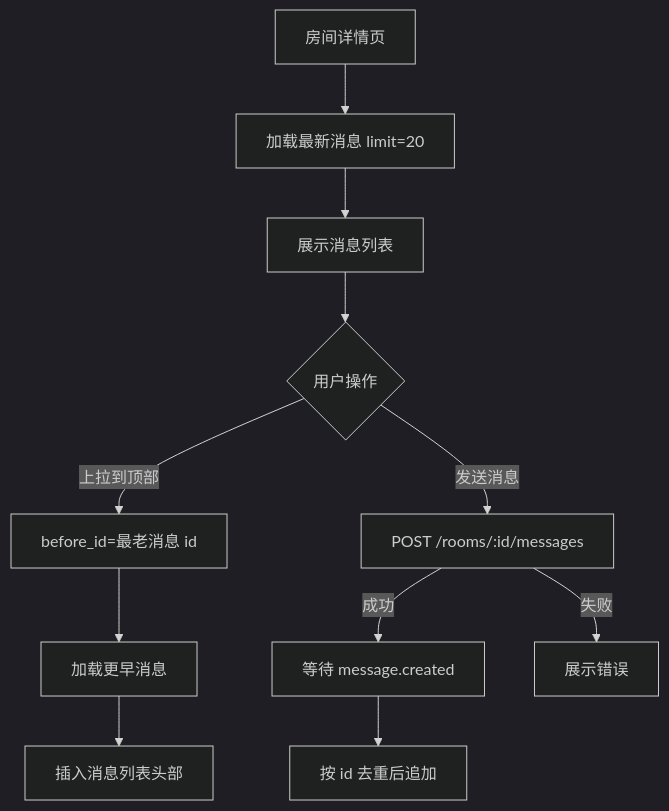
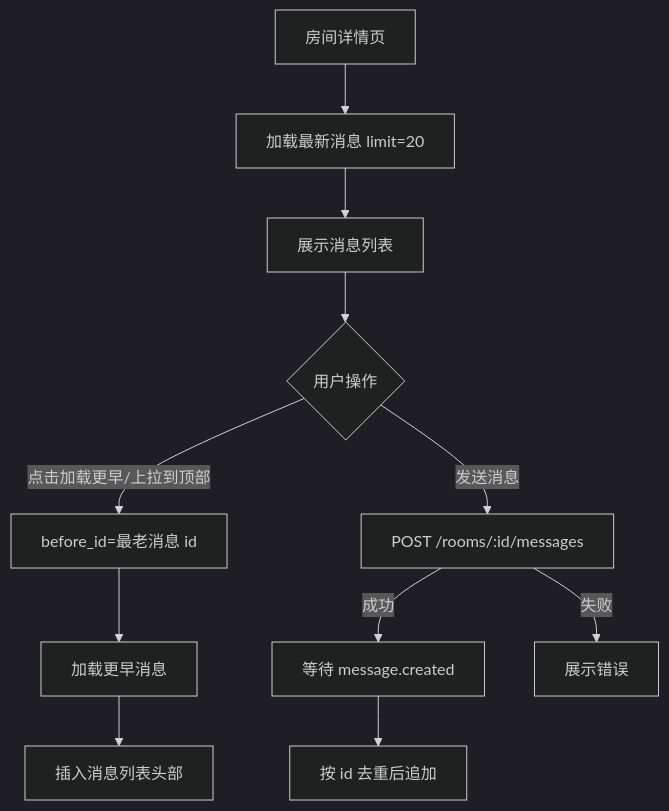
The sixth of 10 diagrams in docs/客户端逻辑设计.md (DancingCodes/room-app), drawn with Mermaid (dark theme) before and after one commit. The commit also changed other lines of this file and 3 other files, not shown here.

````diff
--- a/docs/客户端逻辑设计.md
+++ b/docs/客户端逻辑设计.md
@@ -89,13 +102,13 @@
 ```mermaid
 flowchart TD
     A[房间详情页] --> B[加载最新消息 limit=20]
     B --> C[展示消息列表]
     C --> D{用户操作}
-    D -- 上拉到顶部 --> E[before_id=最老消息 id]
+    D -- 点击加载更早/上拉到顶部 --> E[before_id=最老消息 id]
     E --> F[加载更早消息]
     F --> G[插入消息列表头部]
     D -- 发送消息 --> H[POST /rooms/:id/messages]
     H -- 成功 --> I[等待 message.created]
     I --> J[按 id 去重后追加]
     H -- 失败 --> K[展示错误]
 ```
````
